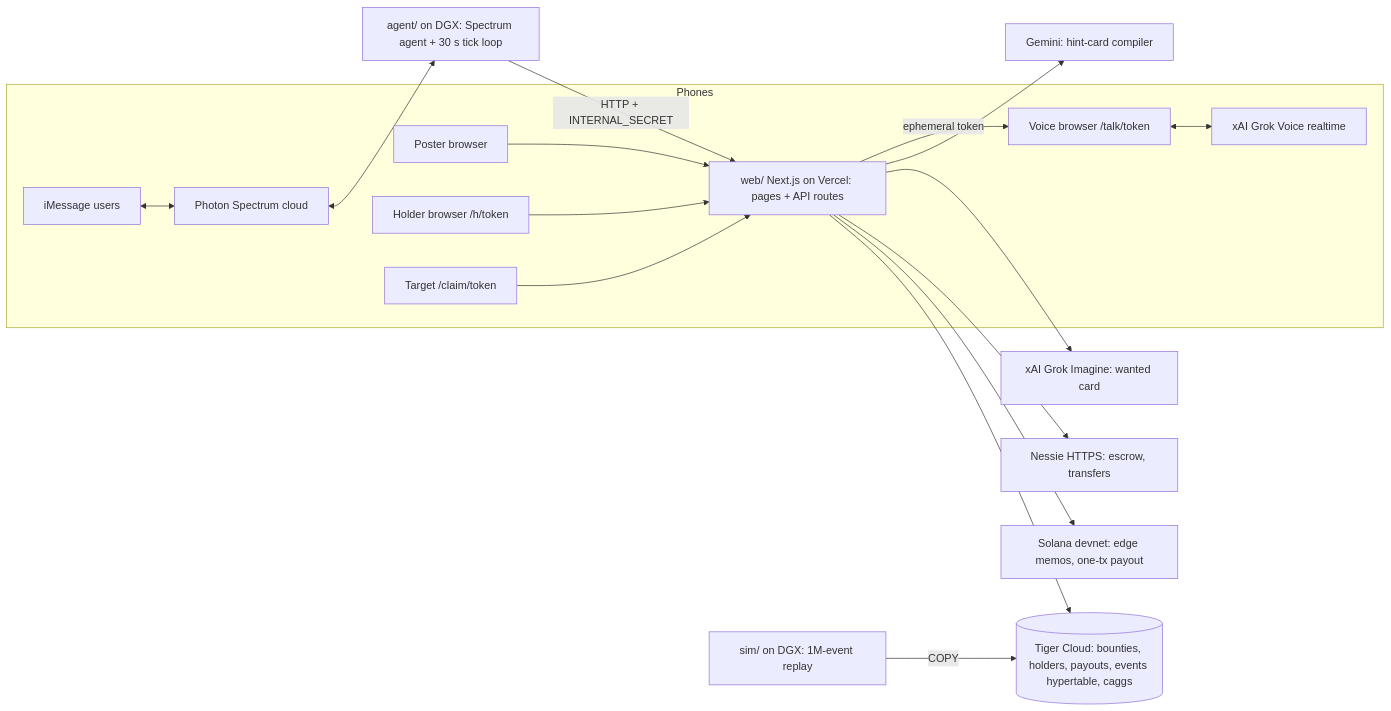
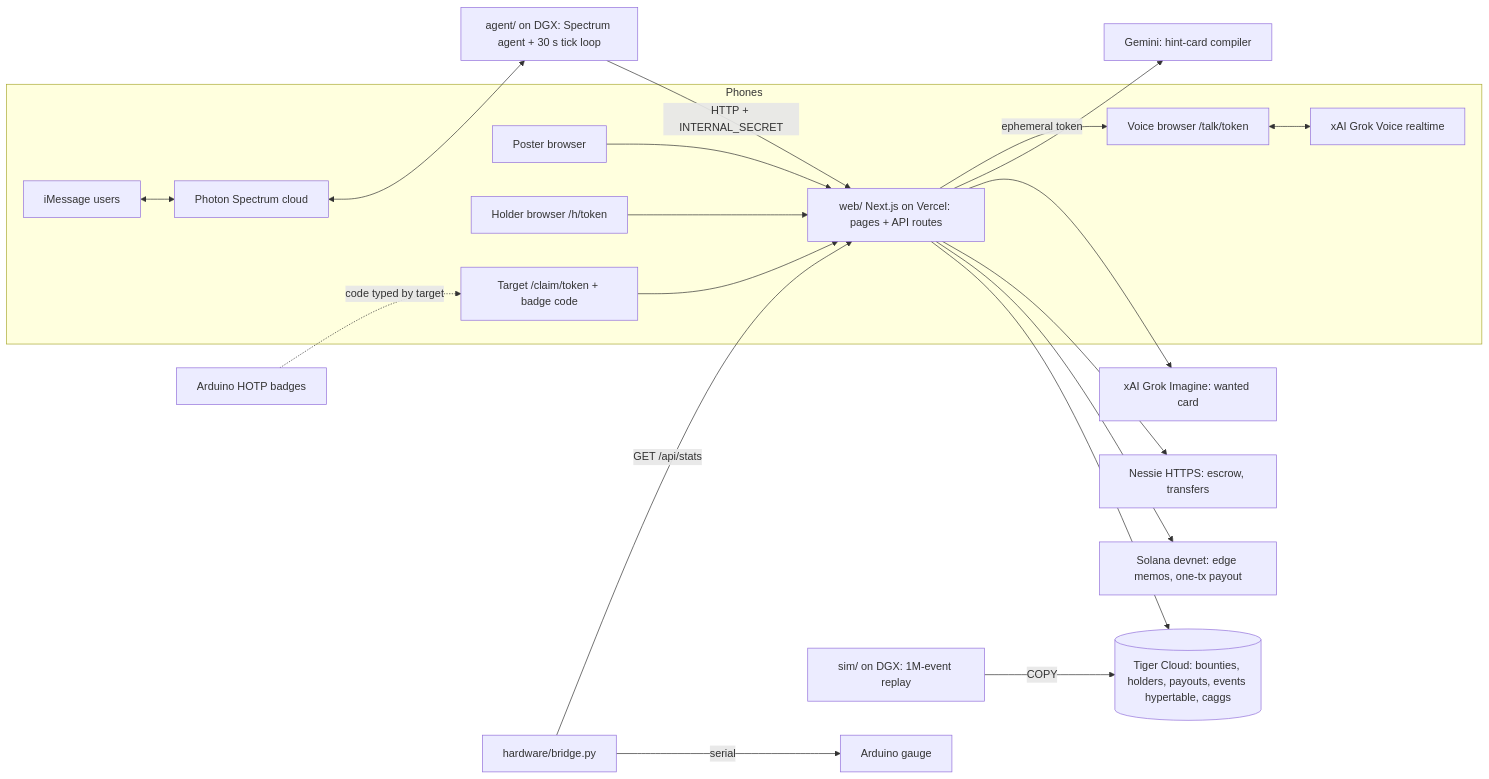
The diagram in PLAN.md (sahas-goli/BRH26), drawn with Mermaid before and after one commit. The commit also changed other lines of this file, not shown here.

````diff
--- a/PLAN.md
+++ b/PLAN.md
@@ -49,19 +50,22 @@
 ```mermaid
 flowchart LR
   subgraph Phones
     P[Poster browser] --> W
     H[Holder browser /h/token] --> W
-    T[Target /claim/token] --> W
+    T[Target /claim/token + badge code] --> W
     IM[iMessage users] <--> PH[Photon Spectrum cloud]
     V[Voice browser /talk/token] <--> XV[xAI Grok Voice realtime]
   end
   PH <--> AG[agent/ on DGX: Spectrum agent + 30 s tick loop]
   AG -->|HTTP + INTERNAL_SECRET| W[web/ Next.js on Vercel: pages + API routes]
   W --> DB[(Tiger Cloud: bounties, holders, payouts, events hypertable, caggs)]
   W --> SOL[Solana devnet: edge memos, one-tx payout]
   W --> NE[Nessie HTTPS: escrow, transfers]
   W --> XI[xAI Grok Imagine: wanted card]
   W --> GM[Gemini: hint-card compiler]
   W -->|ephemeral token| V
   SIM[sim/ on DGX: 1M-event replay] -->|COPY| DB
+  BR[hardware/bridge.py] -->|GET /api/stats| W
+  BR -->|serial| GA[Arduino gauge]
+  BD[Arduino HOTP badges] -.code typed by target.-> T
 ```
````
